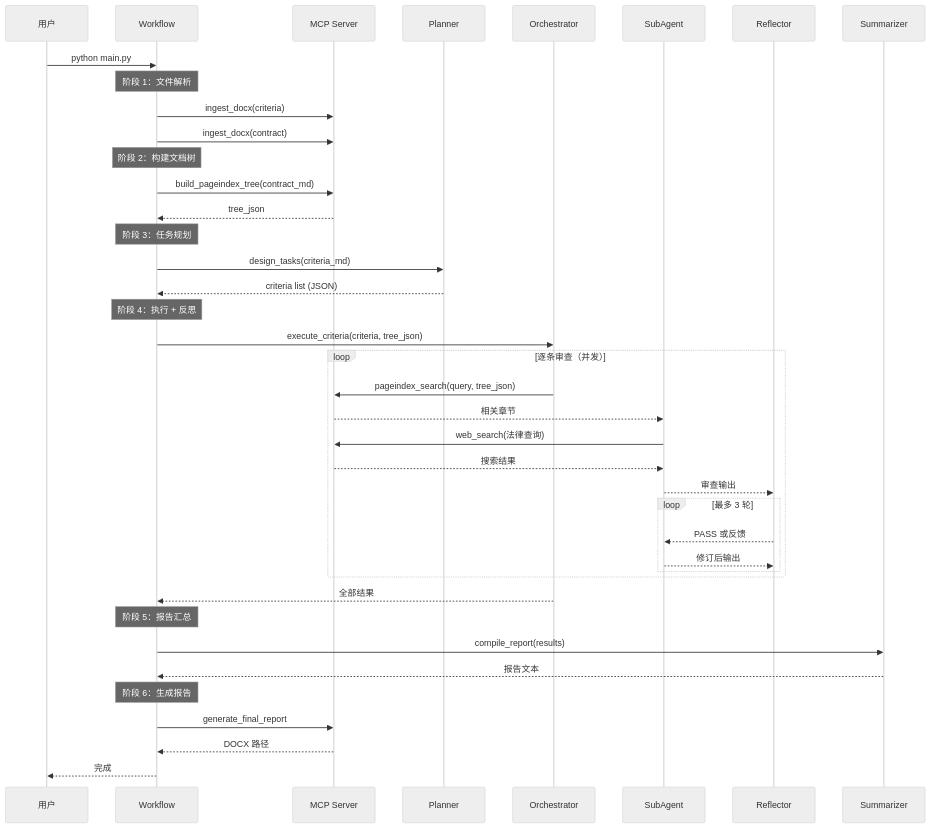
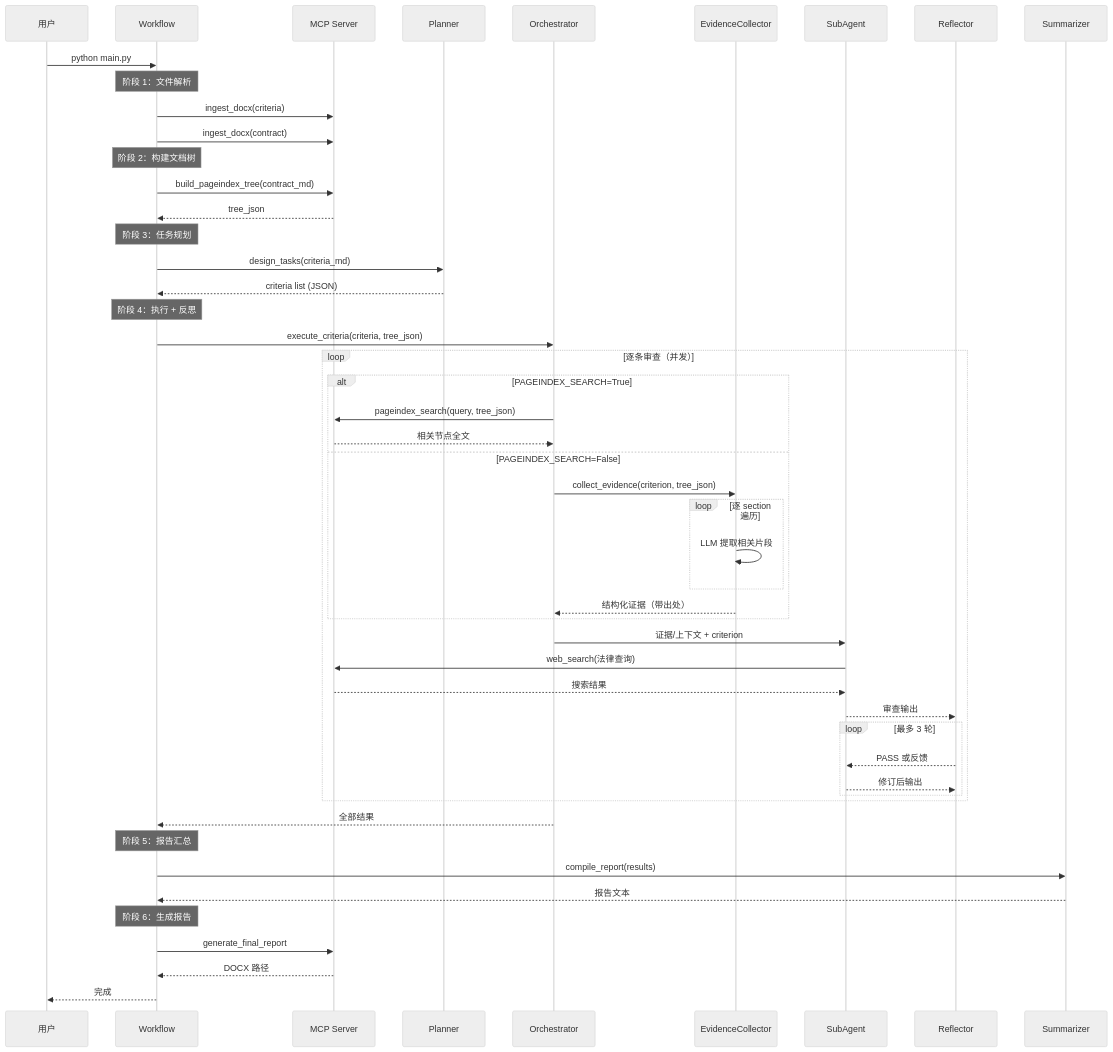
The second of 6 diagrams in project_intro/ARCHITECTURE.md (HoeTee/contract_agent), drawn with Mermaid (neutral theme) before and after one commit. The commit also changed other lines of this file and 38 other files, not shown here.

````diff
--- a/project_intro/ARCHITECTURE.md
+++ b/project_intro/ARCHITECTURE.md
@@ -85,52 +92,62 @@
 ```mermaid
 sequenceDiagram
     participant U as 用户
     participant W as Workflow
     participant MCP as MCP Server
     participant P as Planner
     participant O as Orchestrator
+    participant EC as EvidenceCollector
     participant S as SubAgent
     participant R as Reflector
     participant SM as Summarizer
 
     U->>W: python main.py
 
     Note over W: 阶段 1：文件解析
     W->>MCP: ingest_docx(criteria)
     W->>MCP: ingest_docx(contract)
 
     Note over W: 阶段 2：构建文档树
     W->>MCP: build_pageindex_tree(contract_md)
     MCP-->>W: tree_json
 
     Note over W: 阶段 3：任务规划
     W->>P: design_tasks(criteria_md)
     P-->>W: criteria list (JSON)
 
     Note over W: 阶段 4：执行 + 反思
     W->>O: execute_criteria(criteria, tree_json)
 
     loop 逐条审查（并发）
-        O->>MCP: pageindex_search(query, tree_json)
-        MCP-->>S: 相关章节
+        alt PAGEINDEX_SEARCH=True
+            O->>MCP: pageindex_search(query, tree_json)
+            MCP-->>O: 相关节点全文
+        else PAGEINDEX_SEARCH=False
+            O->>EC: collect_evidence(criterion, tree_json)
+            loop 逐 section 遍历
+                EC->>EC: LLM 提取相关片段
+            end
+            EC-->>O: 结构化证据（带出处）
+        end
+        O->>S: 证据/上下文 + criterion
         S->>MCP: web_search(法律查询)
         MCP-->>S: 搜索结果
         S-->>R: 审查输出
 
         loop 最多 3 轮
             R-->>S: PASS 或反馈
             S-->>R: 修订后输出
         end
     end
 
     O-->>W: 全部结果
 
     Note over W: 阶段 5：报告汇总
     W->>SM: compile_report(results)
     SM-->>W: 报告文本
 
     Note over W: 阶段 6：生成报告
     W->>MCP: generate_final_report
     MCP-->>W: DOCX 路径
     W-->>U: 完成
 ```
````
